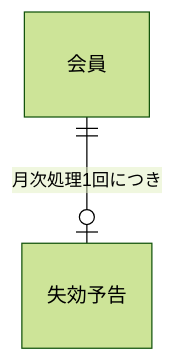
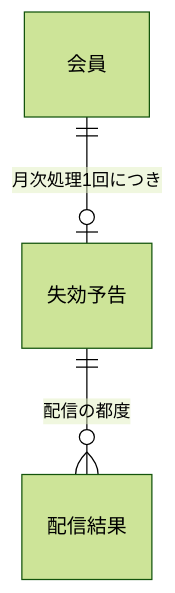
The fourth of 15 diagrams in samples/docs/requirements.md (kasiopeiya/claude-dev-template), drawn with Mermaid (forest theme) before and after one commit. The commit also changed other lines of this file, not shown here.

````diff
--- a/samples/docs/requirements.md
+++ b/samples/docs/requirements.md
@@ -283,6 +289,8 @@
 ```mermaid
 erDiagram
     MEMBER["会員"]
     NOTICE["失効予告"]
+    RESULT["配信結果"]
     MEMBER ||--o| NOTICE : "月次処理1回につき"
+    NOTICE ||--o{ RESULT : "配信の都度"
 ```
````
